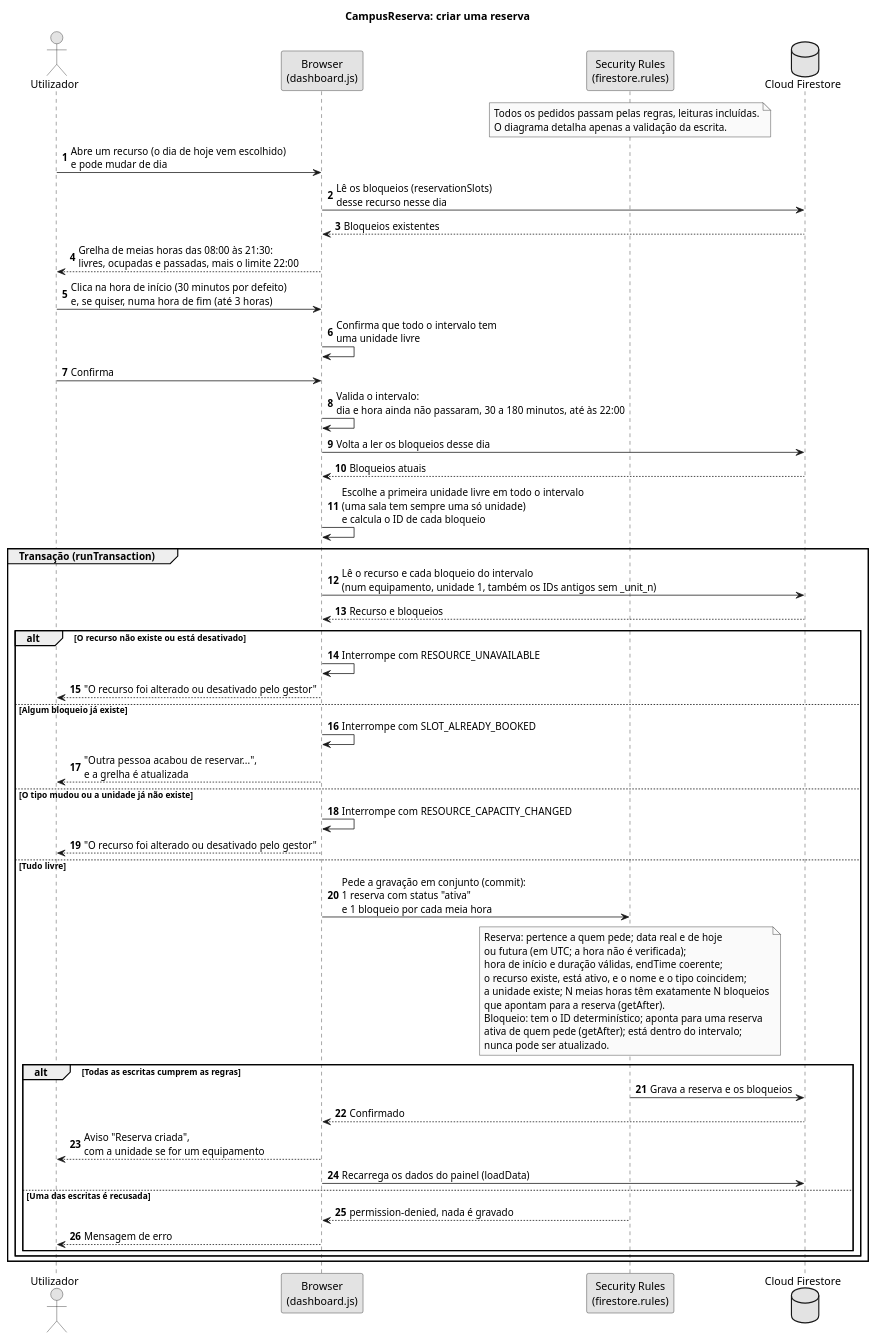
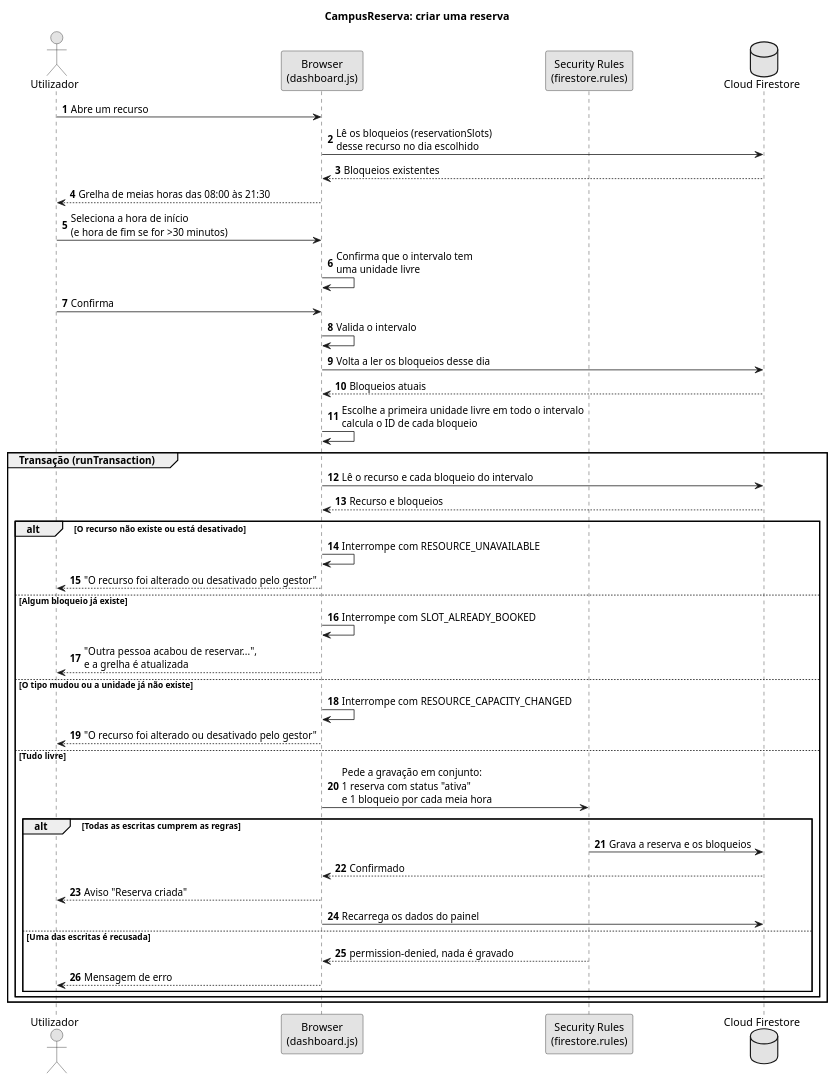
Before and after one commit to diogofcpereira/CampusReserva: the diagram in docs/diagramas/sequencia-reserva.puml, drawn with PlantUML. The commit also changed 1 other file, not shown here.

Commit message:
Diagrama sequência-reserva.puml update + svg

```diff
--- a/docs/diagramas/sequencia-reserva.puml
+++ b/docs/diagramas/sequencia-reserva.puml
@@ -1,70 +1,53 @@
 @startuml sequencia-reserva
 
 title CampusReserva: criar uma reserva
 
 skinparam monochrome true
 skinparam shadowing false
 autonumber
 
 actor "Utilizador" as U
 participant "Browser\n(dashboard.js)" as B
 participant "Security Rules\n(firestore.rules)" as R
 database "Cloud Firestore" as F
 
-note over R
-  Todos os pedidos passam pelas regras, leituras incluídas.
-  O diagrama detalha apenas a validação da escrita.
-end note
-
-U -> B : Abre um recurso (o dia de hoje vem escolhido)\ne pode mudar de dia
-B -> F : Lê os bloqueios (reservationSlots)\ndesse recurso nesse dia
+U -> B : Abre um recurso
+B -> F : Lê os bloqueios (reservationSlots)\ndesse recurso no dia escolhido
 F --> B : Bloqueios existentes
-B --> U : Grelha de meias horas das 08:00 às 21:30:\nlivres, ocupadas e passadas, mais o limite 22:00
-U -> B : Clica na hora de início (30 minutos por defeito)\ne, se quiser, numa hora de fim (até 3 horas)
-B -> B : Confirma que todo o intervalo tem\numa unidade livre
+B --> U : Grelha de meias horas das 08:00 às 21:30
+U -> B : Seleciona a hora de início\n(e hora de fim se for >30 minutos)
+B -> B : Confirma que o intervalo tem\numa unidade livre
 U -> B : Confirma
-B -> B : Valida o intervalo:\ndia e hora ainda não passaram, 30 a 180 minutos, até às 22:00
+B -> B : Valida o intervalo
 B -> F : Volta a ler os bloqueios desse dia
 F --> B : Bloqueios atuais
-B -> B : Escolhe a primeira unidade livre em todo o intervalo\n(uma sala tem sempre uma só unidade)\ne calcula o ID de cada bloqueio
+B -> B : Escolhe a primeira unidade livre em todo o intervalo\ncalcula o ID de cada bloqueio
 
 group Transação (runTransaction)
-  B -> F : Lê o recurso e cada bloqueio do intervalo\n(num equipamento, unidade 1, também os IDs antigos sem _unit_n)
+  B -> F : Lê o recurso e cada bloqueio do intervalo
   F --> B : Recurso e bloqueios
 
   alt O recurso não existe ou está desativado
     B -> B : Interrompe com RESOURCE_UNAVAILABLE
     B --> U : "O recurso foi alterado ou desativado pelo gestor"
   else Algum bloqueio já existe
     B -> B : Interrompe com SLOT_ALREADY_BOOKED
     B --> U : "Outra pessoa acabou de reservar...",\ne a grelha é atualizada
   else O tipo mudou ou a unidade já não existe
     B -> B : Interrompe com RESOURCE_CAPACITY_CHANGED
     B --> U : "O recurso foi alterado ou desativado pelo gestor"
   else Tudo livre
-    B -> R : Pede a gravação em conjunto (commit):\n1 reserva com status "ativa"\ne 1 bloqueio por cada meia hora
-
-    note over R
-      Reserva: pertence a quem pede; data real e de hoje
-      ou futura (em UTC; a hora não é verificada);
-      hora de início e duração válidas, endTime coerente;
-      o recurso existe, está ativo, e o nome e o tipo coincidem;
-      a unidade existe; N meias horas têm exatamente N bloqueios
-      que apontam para a reserva (getAfter).
-      Bloqueio: tem o ID determinístico; aponta para uma reserva
-      ativa de quem pede (getAfter); está dentro do intervalo;
-      nunca pode ser atualizado.
-    end note
+    B -> R : Pede a gravação em conjunto:\n1 reserva com status "ativa"\ne 1 bloqueio por cada meia hora
 
     alt Todas as escritas cumprem as regras
       R -> F : Grava a reserva e os bloqueios
       F --> B : Confirmado
-      B --> U : Aviso "Reserva criada",\ncom a unidade se for um equipamento
-      B -> F : Recarrega os dados do painel (loadData)
+      B --> U : Aviso "Reserva criada"
+      B -> F : Recarrega os dados do painel
     else Uma das escritas é recusada
       R --> B : permission-denied, nada é gravado
       B --> U : Mensagem de erro
     end
   end
 end
 @enduml
```
